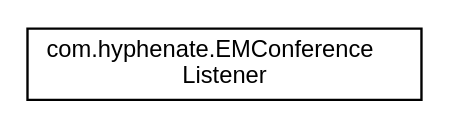
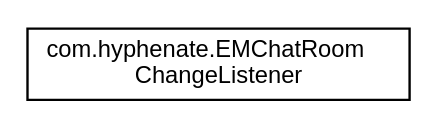
The diagram in static/apidoc/android/chat3.0/inherit_graph_64.dot (easemob/www.easemob.com), drawn with Graphviz before and after one commit. The commit also changed 284 other files, not shown here.

```diff
--- a/static/apidoc/android/chat3.0/inherit_graph_64.dot
+++ b/static/apidoc/android/chat3.0/inherit_graph_64.dot
@@ -1,7 +1,7 @@
 digraph "类继承关系图"
 {
   edge [fontname="Helvetica",fontsize="10",labelfontname="Helvetica",labelfontsize="10"];
   node [fontname="Helvetica",fontsize="10",shape=record];
   rankdir="LR";
-  Node1 [label="com.hyphenate.EMConference\lListener",height=0.2,width=0.4,color="black", fillcolor="white", style="filled",URL="$interfacecom_1_1hyphenate_1_1EMConferenceListener.html"];
+  Node1 [label="com.hyphenate.EMChatRoom\lChangeListener",height=0.2,width=0.4,color="black", fillcolor="white", style="filled",URL="$interfacecom_1_1hyphenate_1_1EMChatRoomChangeListener.html"];
 }
```
